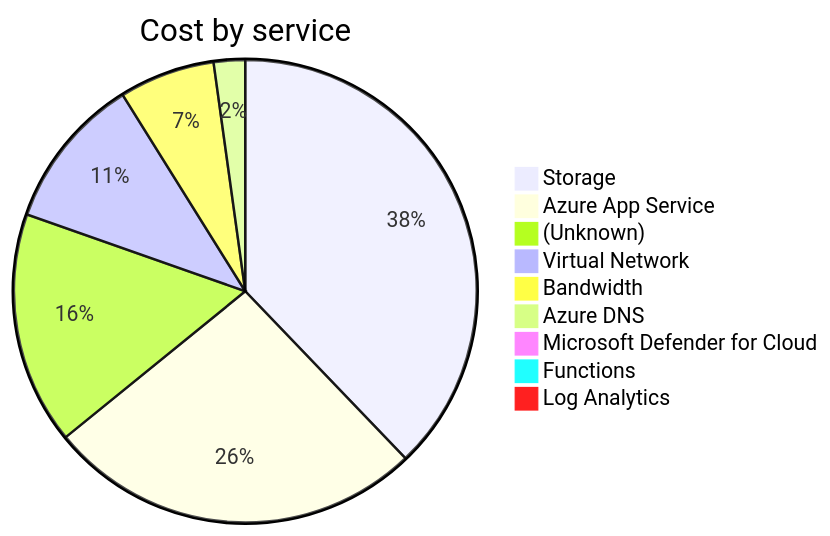
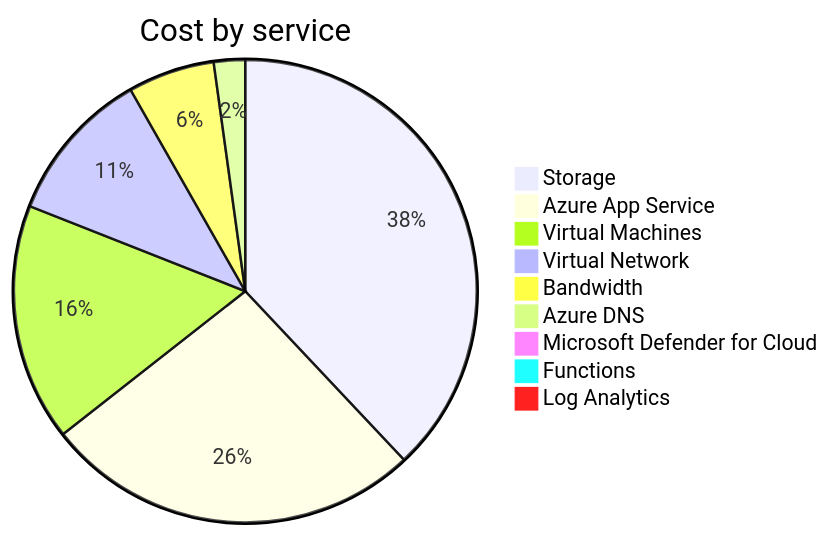
The second of 4 diagrams in cost-reports/accumulated-cost.md (jpfulton/azure-personal-reports), drawn with Mermaid before and after one commit. The commit also changed other lines of this file and 4 other files, not shown here.

````diff
--- a/cost-reports/accumulated-cost.md
+++ b/cost-reports/accumulated-cost.md
@@ -103,13 +103,13 @@
 ```mermaid
 pie
    title Cost by service
-   "Storage" : 6.73
-   "Azure App Service" : 4.68
-   "(Unknown)" : 2.89
-   "Virtual Network" : 1.91
+   "Storage" : 7.47
+   "Azure App Service" : 5.20
+   "Virtual Machines" : 3.26
+   "Virtual Network" : 2.12
    "Bandwidth" : 1.19
-   "Azure DNS" : 0.39
-   "Microsoft Defender for Cloud" : 0.07
+   "Azure DNS" : 0.43
+   "Microsoft Defender for Cloud" : 0.09
    "Functions" : 0.00
    "Log Analytics" : 0.00
 ```
````
